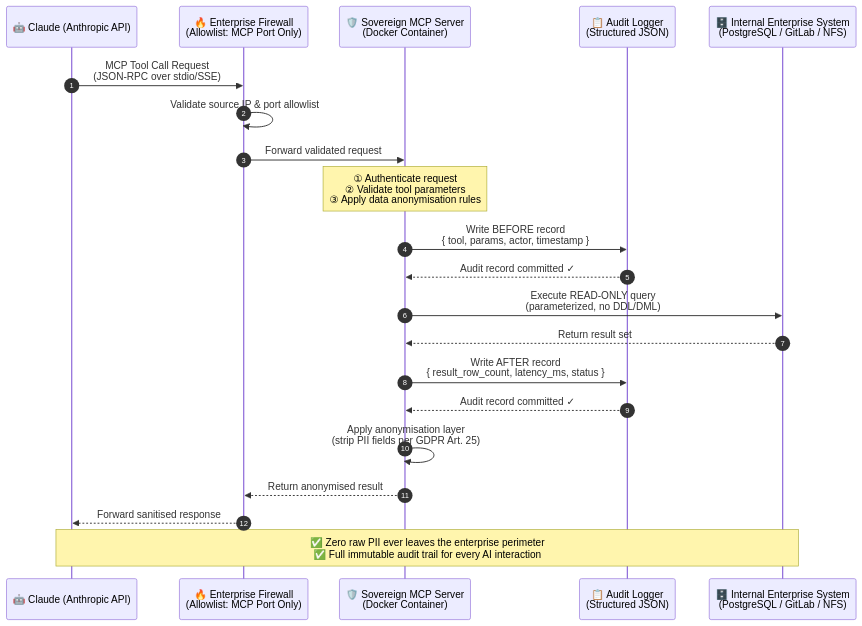
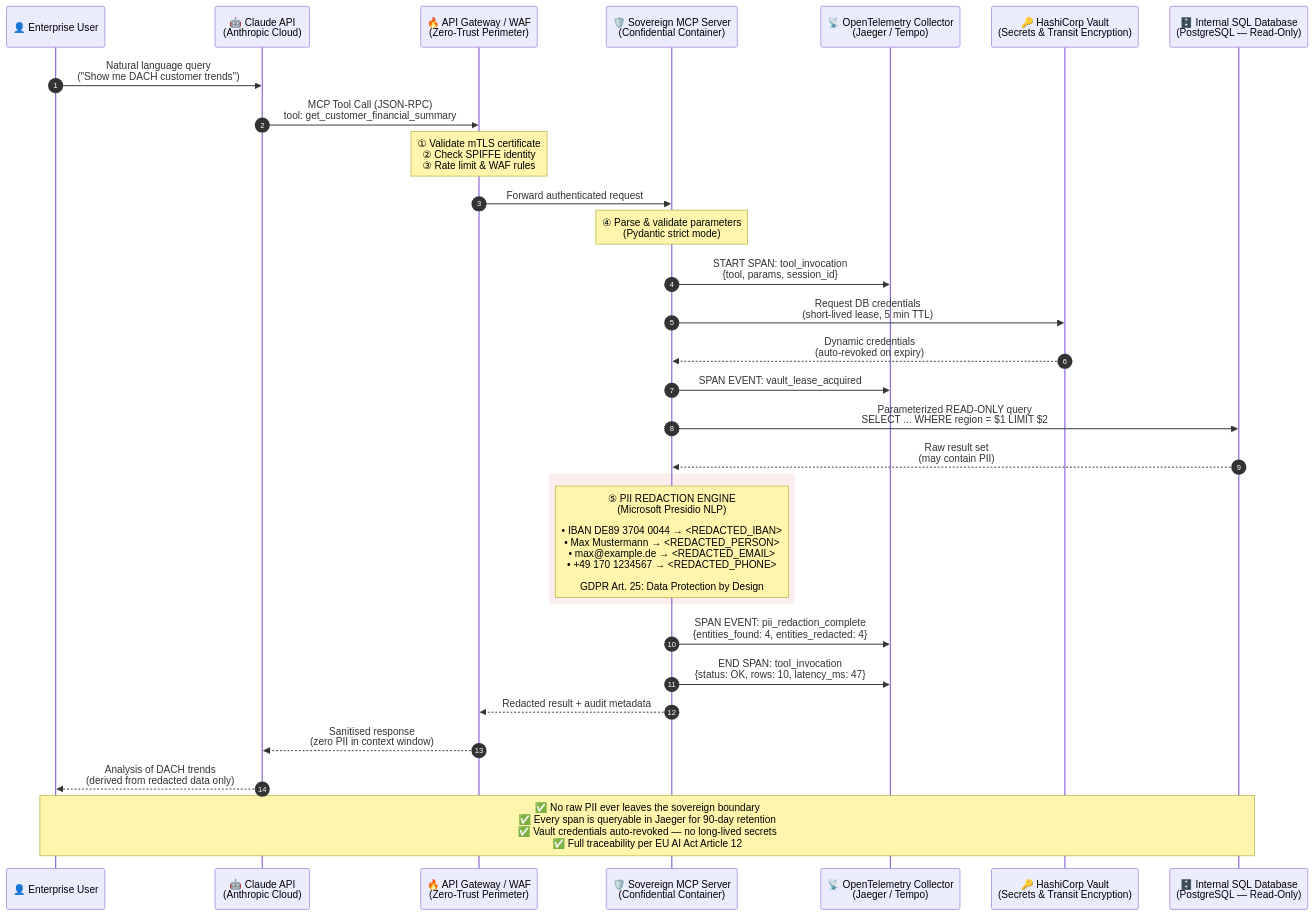
Before and after one commit to WizardofTryout/Sovereign-MCP-Blueprints: the diagram in README.md, drawn with Mermaid. The commit also changed other lines of this file, not shown here.

Commit message:
docs: update README with enhanced compliance and security architecture

````diff
--- a/README.md
+++ b/README.md
@@ -35,30 +53,42 @@
 ```mermaid
 sequenceDiagram
     autonumber
-    participant C as 🤖 Claude (Anthropic API)
-    participant FW as 🔥 Enterprise Firewall<br/>(Allowlist: MCP Port Only)
-    participant MCP as 🛡️ Sovereign MCP Server<br/>(Docker Container)
-    participant AL as 📋 Audit Logger<br/>(Structured JSON)
-    participant DB as 🗄️ Internal Enterprise System<br/>(PostgreSQL / GitLab / NFS)
+    participant User as 👤 Enterprise User
+    participant Claude as 🤖 Claude API<br/>(Anthropic Cloud)
+    participant GW as 🔥 API Gateway / WAF<br/>(Zero-Trust Perimeter)
+    participant MCP as 🛡️ Sovereign MCP Server<br/>(Confidential Container)
+    participant OTel as 📡 OpenTelemetry Collector<br/>(Jaeger / Tempo)
+    participant Vault as 🔑 HashiCorp Vault<br/>(Secrets & Transit Encryption)
+    participant DB as 🗄️ Internal SQL Database<br/>(PostgreSQL — Read-Only)
 
-    C->>FW: MCP Tool Call Request<br/>(JSON-RPC over stdio/SSE)
-    FW->>FW: Validate source IP & port allowlist
-    FW->>MCP: Forward validated request
+    User->>Claude: Natural language query<br/>("Show me DACH customer trends")
+    Claude->>GW: MCP Tool Call (JSON-RPC)<br/>tool: get_customer_financial_summary
 
-    Note over MCP: ① Authenticate request<br/>② Validate tool parameters<br/>③ Apply data anonymisation rules
+    Note over GW: ① Validate mTLS certificate<br/>② Check SPIFFE identity<br/>③ Rate limit & WAF rules
 
-    MCP->>AL: Write BEFORE record<br/>{ tool, params, actor, timestamp }
-    AL-->>MCP: Audit record committed ✓
+    GW->>MCP: Forward authenticated request
 
-    MCP->>DB: Execute READ-ONLY query<br/>(parameterized, no DDL/DML)
-    DB-->>MCP: Return result set
+    Note over MCP: ④ Parse & validate parameters<br/>(Pydantic strict mode)
 
-    MCP->>AL: Write AFTER record<br/>{ result_row_count, latency_ms, status }
-    AL-->>MCP: Audit record committed ✓
+    MCP->>OTel: START SPAN: tool_invocation<br/>{tool, params, session_id}
+    MCP->>Vault: Request DB credentials<br/>(short-lived lease, 5 min TTL)
+    Vault-->>MCP: Dynamic credentials<br/>(auto-revoked on expiry)
 
-    MCP->>MCP: Apply anonymisation layer<br/>(strip PII fields per GDPR Art. 25)
-    MCP-->>FW: Return anonymised result
-    FW-->>C: Forward sanitised response
+    MCP->>OTel: SPAN EVENT: vault_lease_acquired
 
-    Note over C,DB: ✅ Zero raw PII ever leaves the enterprise perimeter<br/>✅ Full immutable audit trail for every AI interaction
+    MCP->>DB: Parameterized READ-ONLY query<br/>SELECT ... WHERE region = $1 LIMIT $2
+    DB-->>MCP: Raw result set<br/>(may contain PII)
+
+    rect rgb(220, 38, 38, 0.08)
+        Note over MCP: ⑤ PII REDACTION ENGINE<br/>(Microsoft Presidio NLP)<br/><br/>• IBAN DE89 3704 0044 → <REDACTED_IBAN><br/>• Max Mustermann → <REDACTED_PERSON><br/>• max@example.de → <REDACTED_EMAIL><br/>• +49 170 1234567 → <REDACTED_PHONE><br/><br/>GDPR Art. 25: Data Protection by Design
+    end
+
+    MCP->>OTel: SPAN EVENT: pii_redaction_complete<br/>{entities_found: 4, entities_redacted: 4}
+    MCP->>OTel: END SPAN: tool_invocation<br/>{status: OK, rows: 10, latency_ms: 47}
+
+    MCP-->>GW: Redacted result + audit metadata
+    GW-->>Claude: Sanitised response<br/>(zero PII in context window)
+    Claude-->>User: Analysis of DACH trends<br/>(derived from redacted data only)
+
+    Note over User,DB: ✅ No raw PII ever leaves the sovereign boundary<br/>✅ Every span is queryable in Jaeger for 90-day retention<br/>✅ Vault credentials auto-revoked — no long-lived secrets<br/>✅ Full traceability per EU AI Act Article 12
 ```
````
